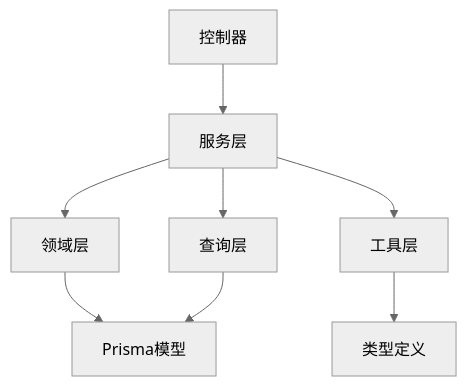
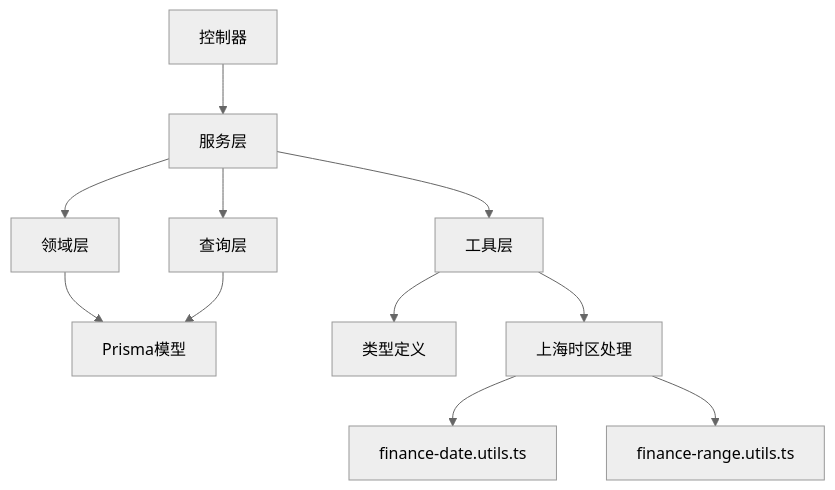
Before and after one commit to rc558620/purelyprofit-server: the seventh of 7 diagrams in .qoder/repowiki/zh/content/业务模块/财务管理模块/财务管理模块.md, drawn with Mermaid (neutral theme). The commit also changed other lines of this file and 35 other files, not shown here.

````diff
--- a/.qoder/repowiki/zh/content/业务模块/财务管理模块/财务管理模块.md
+++ b/.qoder/repowiki/zh/content/业务模块/财务管理模块/财务管理模块.md
@@ -479,10 +508,13 @@
 ```mermaid
 graph TB
 Ctrl["控制器"] --> Svc["服务层"]
 Svc --> Domains["领域层"]
 Svc --> Queries["查询层"]
 Svc --> Utils["工具层"]
 Domains --> Prisma["Prisma模型"]
 Queries --> Prisma
 Utils --> Types["类型定义"]
+Utils --> TZ["上海时区处理"]
+TZ --> DateUtils["finance-date.utils.ts"]
+TZ --> RangeUtils["finance-range.utils.ts"]
 ```
````
